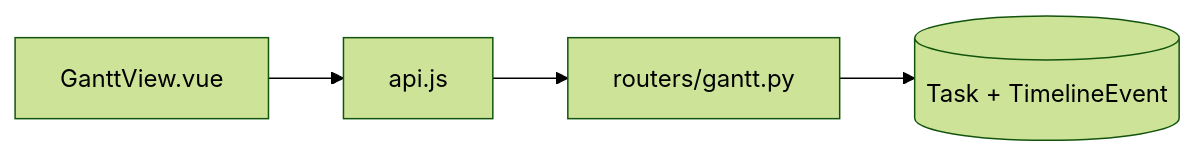
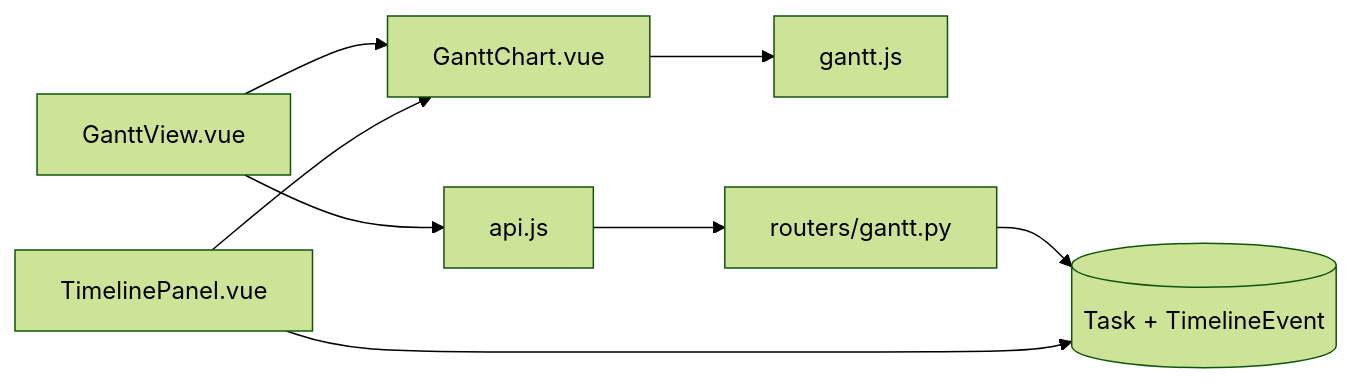
One commit to TomzxCode/agentic changed the first of 2 diagrams in .sdlc/features/p8-gantt/specification.md. Above: the diagram before and after it, drawn with Mermaid (forest theme). The commit also changed other lines of this file and 10 other files, not shown here.

First line of the commit message:
feat(timeline): show the task gantt and jump to events

````diff
--- a/.sdlc/features/p8-gantt/specification.md
+++ b/.sdlc/features/p8-gantt/specification.md
@@ -17,6 +19,10 @@
 ```mermaid
 flowchart LR
-    V[GanttView.vue] --> A[api.js]
+    V[GanttView.vue] --> C[GanttChart.vue]
+    T[TimelinePanel.vue] --> C
+    C --> H[gantt.js]
+    V --> A[api.js]
     A --> R[routers/gantt.py]
     R --> DB[(Task + TimelineEvent)]
+    T --> DB
 ```
````
